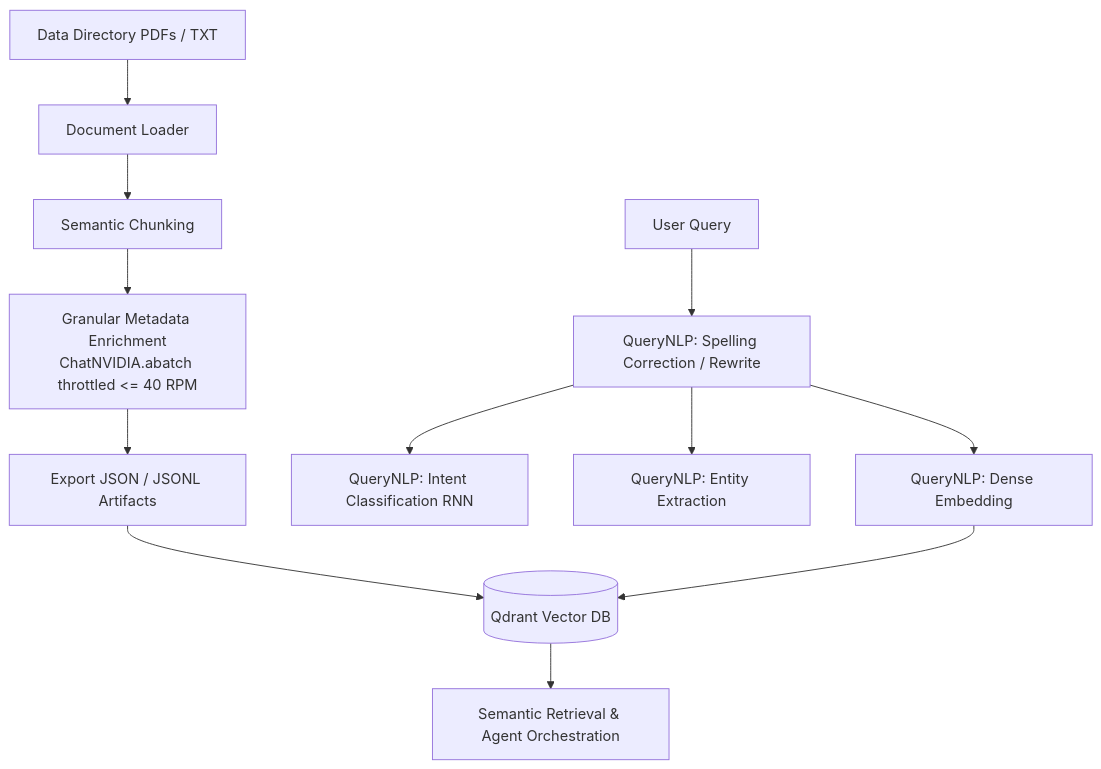
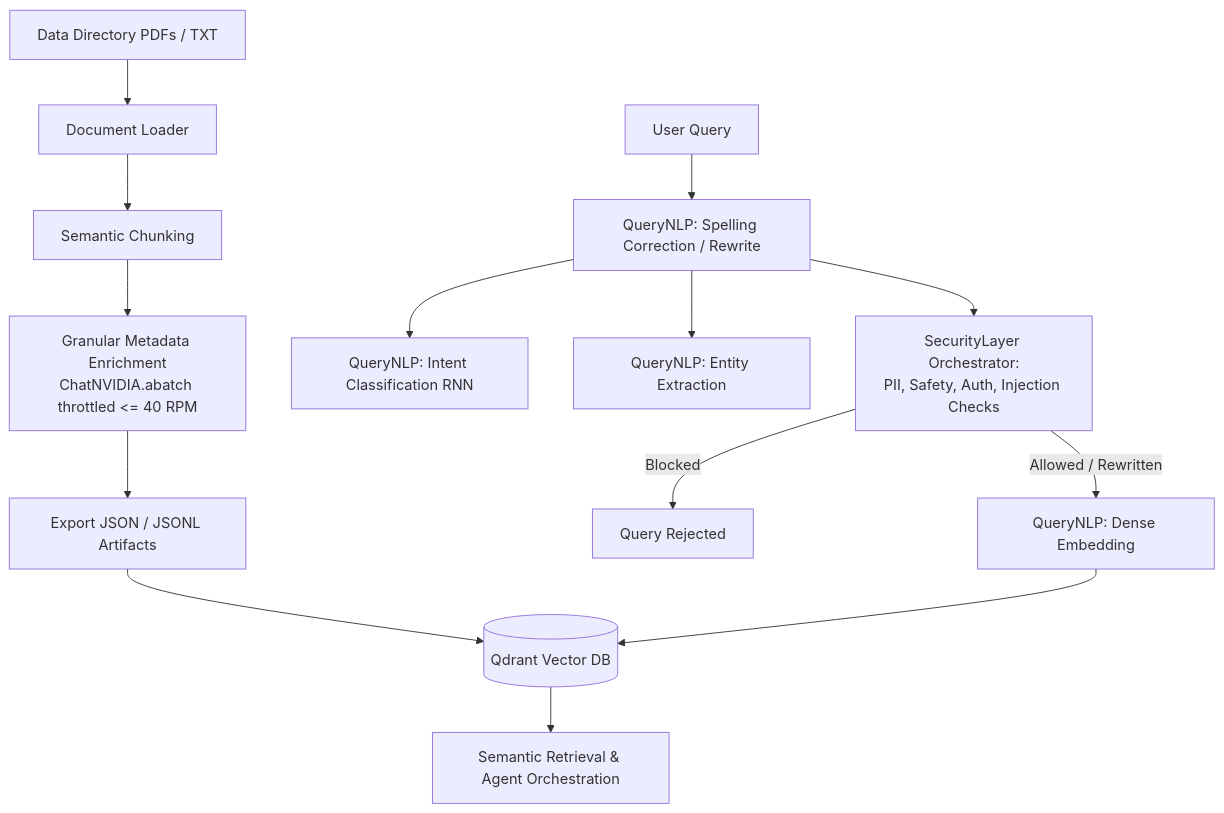
Before and after one commit to Vaibhav2005-r/Multi_Agent-Orchestration_with_RAG_-_Neurals: the diagram in README.md, drawn with Mermaid. The commit also changed other lines of this file, not shown here.

Commit message:
docs: update README with SecurityLayer features and architecture diagram

````diff
--- a/README.md
+++ b/README.md
@@ -29,16 +35,18 @@
 ```mermaid
 flowchart TD
     A[Data Directory PDFs / TXT] --> B[Document Loader]
     B --> C[Semantic Chunking]
     C --> D[Granular Metadata Enrichment<br/>ChatNVIDIA.abatch throttled <= 40 RPM]
     D --> E[Export JSON / JSONL Artifacts]
     E --> F[(Qdrant Vector DB)]
     
     Q[User Query] --> G[QueryNLP: Spelling Correction / Rewrite]
     G --> H[QueryNLP: Intent Classification RNN]
     G --> I[QueryNLP: Entity Extraction]
-    G --> J[QueryNLP: Dense Embedding]
+    G --> S[SecurityLayer Orchestrator:<br/>PII, Safety, Auth, Injection Checks]
+    S --> |Blocked| B1[Query Rejected]
+    S --> |Allowed / Rewritten| J[QueryNLP: Dense Embedding]
     
     J --> F
     F --> K[Semantic Retrieval & Agent Orchestration]
 ```
````
